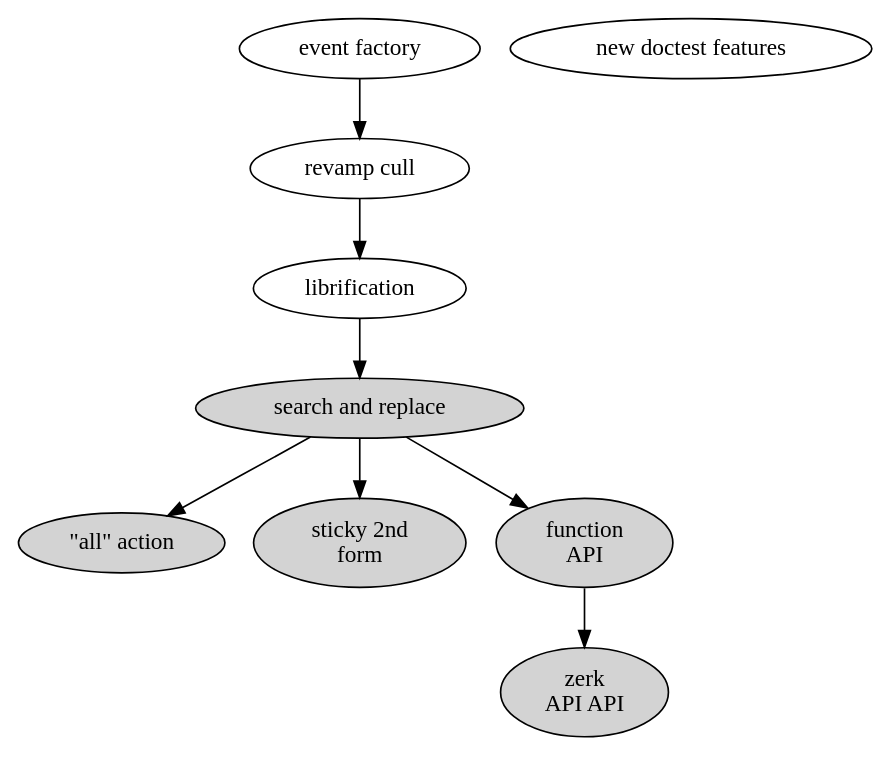
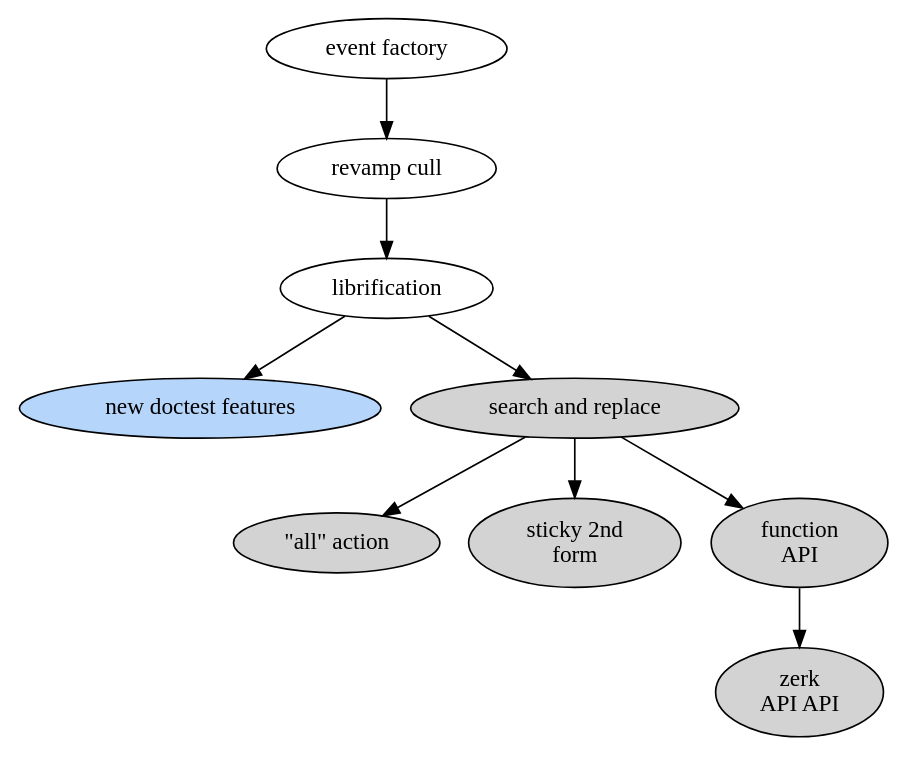
Before and after one commit to hipe/tmx: the diagram in doc/the-big-picture-of-now-02.dot, drawn with Graphviz. The commit also changed 46 other files, not shown here.

```diff
--- a/doc/the-big-picture-of-now-02.dot
+++ b/doc/the-big-picture-of-now-02.dot
@@ -1,28 +1,29 @@
 digraph {
-
-  lib [label="librification"]
-
-  dct [label="new doctest features"]
 
   ev [label="event factory"]
 
   cu [label="revamp cull"]
+
+  lib [label="librification"]
+
+  dct [label="new doctest features" style=filled fillcolor="#b5d5fb"]
 
   sr [label="search and replace" style=filled]
 
   al [label="\"all\" action" style=filled]
 
   st [label="sticky 2nd\nform" style=filled]
 
   fu [label="function\nAPI" style=filled]
 
   API [label="zerk\nAPI API" style=filled]
 
+  ev->cu
   cu->lib
-  ev->cu
+  lib->dct
   lib->sr
   sr->st
   sr->fu
   fu->API
   sr->al
 }
```
